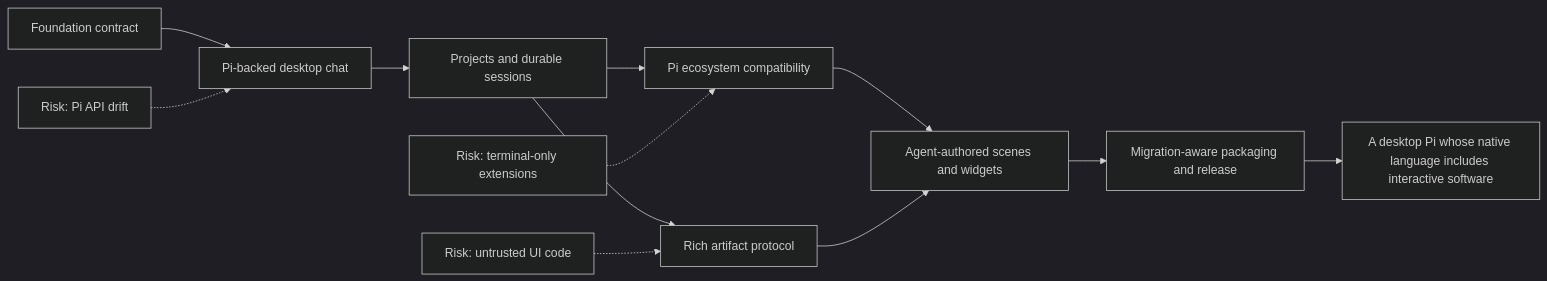
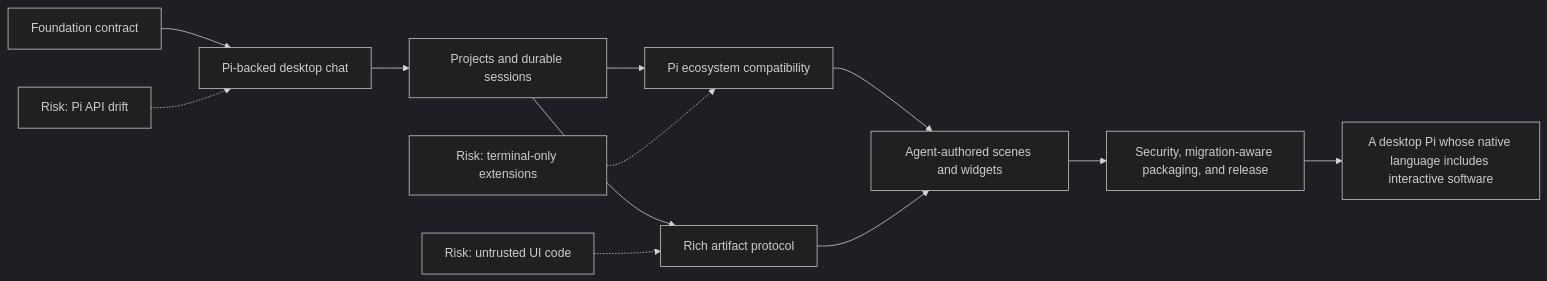
One commit to melnikov-s/cake changed the first of 2 diagrams in PLAN.md. Above: the diagram before and after it, drawn with Mermaid (dark theme). The commit also changed other lines of this file and 1 other file, not shown here.

````diff
--- a/PLAN.md
+++ b/PLAN.md
@@ -26,15 +26,15 @@
 ```mermaid
 flowchart LR
     S0["Foundation contract"] --> S1["Pi-backed desktop chat"]
     S1 --> S2["Projects and durable sessions"]
     S2 --> S3["Pi ecosystem compatibility"]
     S2 --> S4["Rich artifact protocol"]
     S3 --> S5["Agent-authored scenes and widgets"]
     S4 --> S5
-    S5 --> S6["Migration-aware packaging and release"]
+    S5 --> S6["Security, migration-aware packaging, and release"]
     S6 --> DONE["A desktop Pi whose native language includes interactive software"]
 
     R1["Risk: Pi API drift"] -.-> S1
     R2["Risk: untrusted UI code"] -.-> S4
     R3["Risk: terminal-only extensions"] -.-> S3
 ```
````
